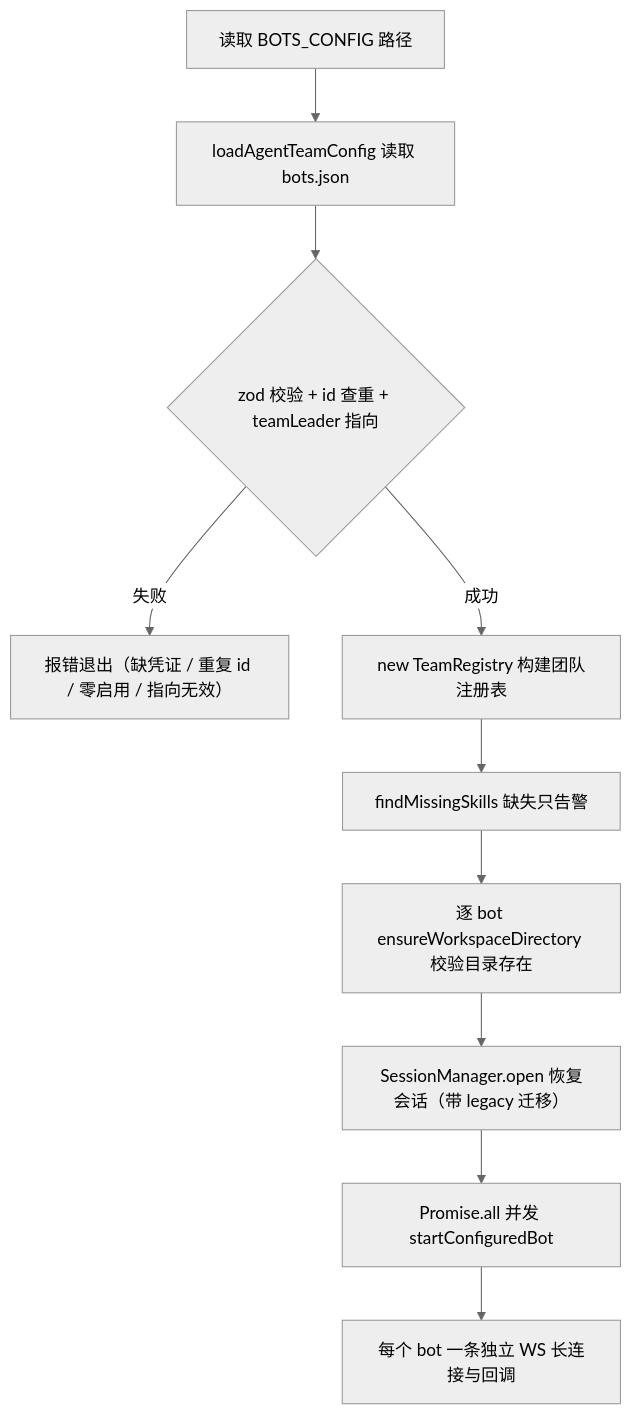
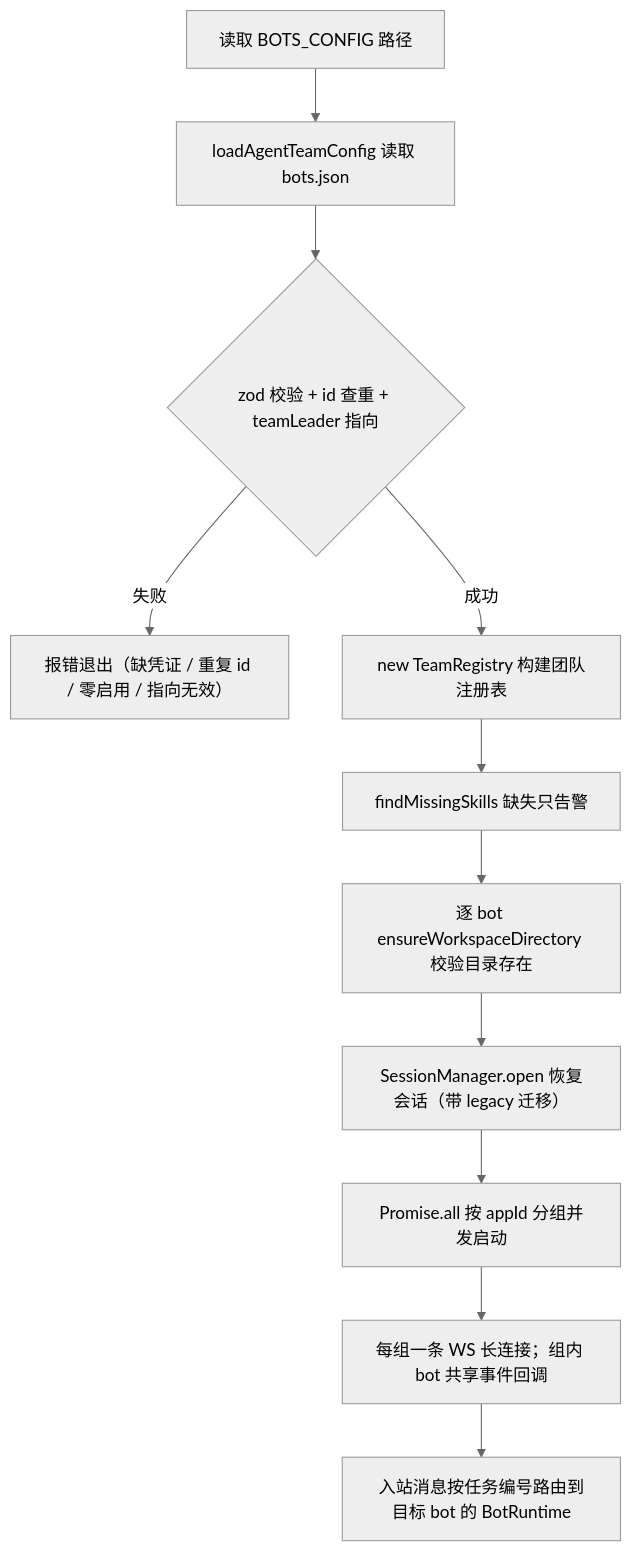
One commit to CerrorJ/Agent-Team changed the diagram in openwiki/domain/bot-registry.md. Above: the diagram before and after it, drawn with Mermaid (neutral theme). The commit also changed other lines of this file and 8 other files, not shown here.

````diff
--- a/openwiki/domain/bot-registry.md
+++ b/openwiki/domain/bot-registry.md
@@ -65,12 +66,13 @@
 ```mermaid
 flowchart TD
     ENV["读取 BOTS_CONFIG 路径"] --> LOAD["loadAgentTeamConfig 读取 bots.json"]
     LOAD --> SCHEMA{"zod 校验 + id 查重 + teamLeader 指向"}
     SCHEMA -->|失败| FAIL["报错退出（缺凭证 / 重复 id / 零启用 / 指向无效）"]
     SCHEMA -->|成功| TEAM["new TeamRegistry 构建团队注册表"]
     TEAM --> SKILL["findMissingSkills 缺失只告警"]
     SKILL --> WS["逐 bot ensureWorkspaceDirectory 校验目录存在"]
     WS --> SESS["SessionManager.open 恢复会话（带 legacy 迁移）"]
-    SESS --> START["Promise.all 并发 startConfiguredBot"]
-    START --> CONN["每个 bot 一条独立 WS 长连接与回调"]
+    SESS --> START["Promise.all 按 appId 分组并发启动"]
+    START --> CONN["每组一条 WS 长连接；组内 bot 共享事件回调"]
+    CONN --> ROUTE["入站消息按任务编号路由到目标 bot 的 BotRuntime"]
 ```
````
